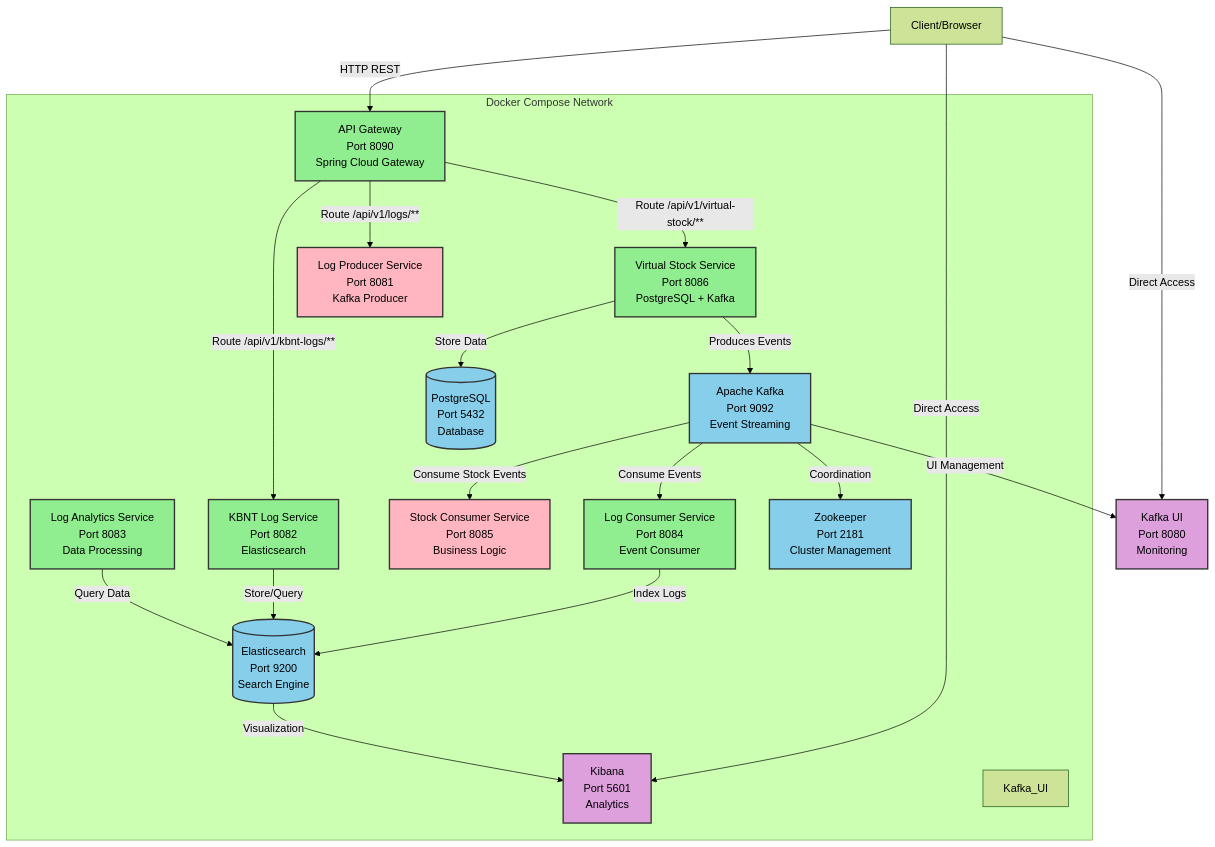
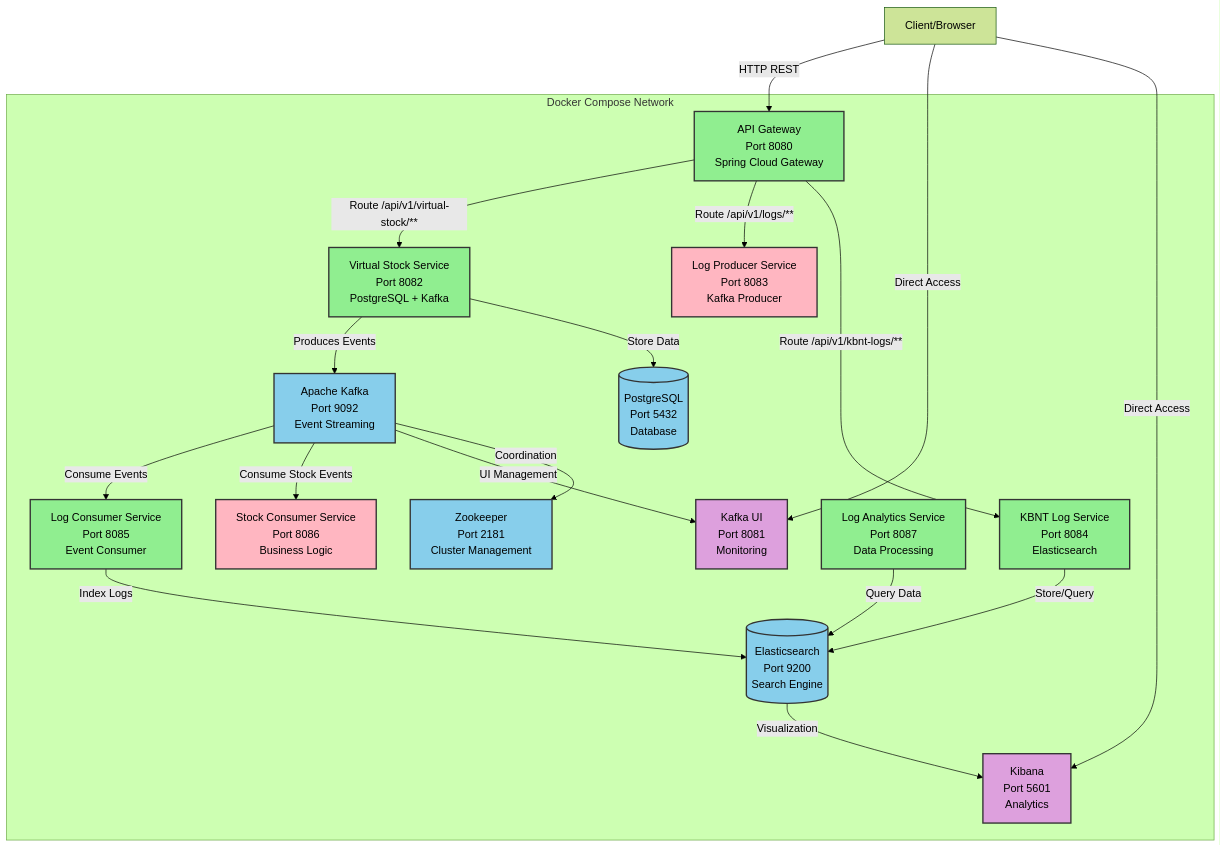
Before and after one commit to italo-costa/estudosKBNT_Kafka_Logs_V2_cleanCode: the fourth of 7 diagrams in README.md, drawn with Mermaid (forest theme). The commit also changed other lines of this file, not shown here.

First line of the commit message:
fix: GitHub-compatible Mermaid diagrams with enterprise performance data

````diff
--- a/README.md
+++ b/README.md
@@ -189,58 +213,50 @@
 ```mermaid
 graph TB
-    %% Client Layer
-    Client[Client/Browser] -->|HTTP REST| Gateway[API Gateway<br/>Port 8090<br/>Spring Cloud Gateway]
-    Client -->|Direct Access| KafkaUI[Kafka UI<br/>Port 8080<br/>Monitoring]
+    Client[Client/Browser] -->|HTTP REST| Gateway[API Gateway<br/>Port 8080<br/>Spring Cloud Gateway]
+    Client -->|Direct Access| KafkaUI[Kafka UI<br/>Port 8081<br/>Monitoring]
     Client -->|Direct Access| Kibana[Kibana<br/>Port 5601<br/>Analytics]
     
-    %% API Gateway Layer
-    Gateway -->|Route /api/v1/virtual-stock/**| VStock[Virtual Stock Service<br/>Port 8086<br/>PostgreSQL + Kafka]
-    Gateway -->|Route /api/v1/logs/**| LogProd[Log Producer Service<br/>Port 8081<br/>Kafka Producer]
-    Gateway -->|Route /api/v1/kbnt-logs/**| KBNTLog[KBNT Log Service<br/>Port 8082<br/>Elasticsearch]
+    Gateway -->|Route /api/v1/virtual-stock/**| VStock[Virtual Stock Service<br/>Port 8082<br/>PostgreSQL + Kafka]
+    Gateway -->|Route /api/v1/logs/**| LogProd[Log Producer Service<br/>Port 8083<br/>Kafka Producer]
+    Gateway -->|Route /api/v1/kbnt-logs/**| KBNTLog[KBNT Log Service<br/>Port 8084<br/>Elasticsearch]
     
-    %% Business Services
     VStock -->|Produces Events| Kafka[Apache Kafka<br/>Port 9092<br/>Event Streaming]
     VStock -->|Store Data| Postgres[(PostgreSQL<br/>Port 5432<br/>Database)]
     
-    %% Message Processing Layer
-    Kafka -->|Consume Events| LogConsumer[Log Consumer Service<br/>Port 8084<br/>Event Consumer]
-    Kafka -->|Consume Stock Events| StockConsumer[Stock Consumer Service<br/>Port 8085<br/>Business Logic]
+    Kafka -->|Consume Events| LogConsumer[Log Consumer Service<br/>Port 8085<br/>Event Consumer]
+    Kafka -->|Consume Stock Events| StockConsumer[Stock Consumer Service<br/>Port 8086<br/>Business Logic]
     Kafka -->|UI Management| KafkaUI
     
-    %% Analytics & Monitoring Layer
     LogConsumer -->|Index Logs| Elasticsearch[(Elasticsearch<br/>Port 9200<br/>Search Engine)]
     KBNTLog -->|Store/Query| Elasticsearch
-    LogAnalytics[Log Analytics Service<br/>Port 8083<br/>Data Processing] -->|Query Data| Elasticsearch
+    LogAnalytics[Log Analytics Service<br/>Port 8087<br/>Data Processing] -->|Query Data| Elasticsearch
     Elasticsearch -->|Visualization| Kibana
     
-    %% Infrastructure
     Kafka -->|Coordination| Zookeeper[Zookeeper<br/>Port 2181<br/>Cluster Management]
     
-    %% Docker Container Grouping
     subgraph "Docker Compose Network"
         Gateway
         VStock
         LogProd
         KBNTLog
         LogConsumer
         StockConsumer
         LogAnalytics
         Kafka
         Zookeeper
         Postgres
         Elasticsearch
         Kibana
-        Kafka_UI
+        KafkaUI
     end
     
-    %% Status Colors
     classDef running fill:#90EE90,stroke:#333,stroke-width:2px
     classDef failed fill:#FFB6C1,stroke:#333,stroke-width:2px
     classDef infrastructure fill:#87CEEB,stroke:#333,stroke-width:2px
     classDef monitoring fill:#DDA0DD,stroke:#333,stroke-width:2px
     
     class Gateway,VStock,KBNTLog,LogAnalytics,LogConsumer running
     class LogProd,StockConsumer failed
     class Kafka,Zookeeper,Postgres,Elasticsearch infrastructure
     class KafkaUI,Kibana monitoring
 ```
````
